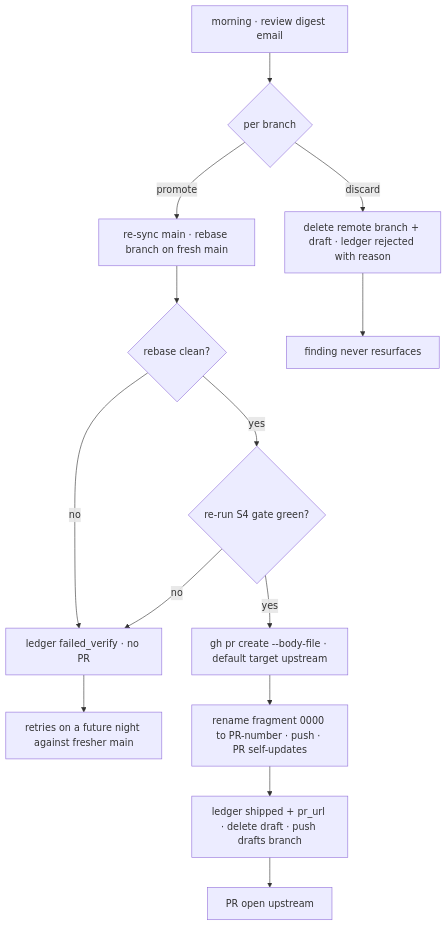
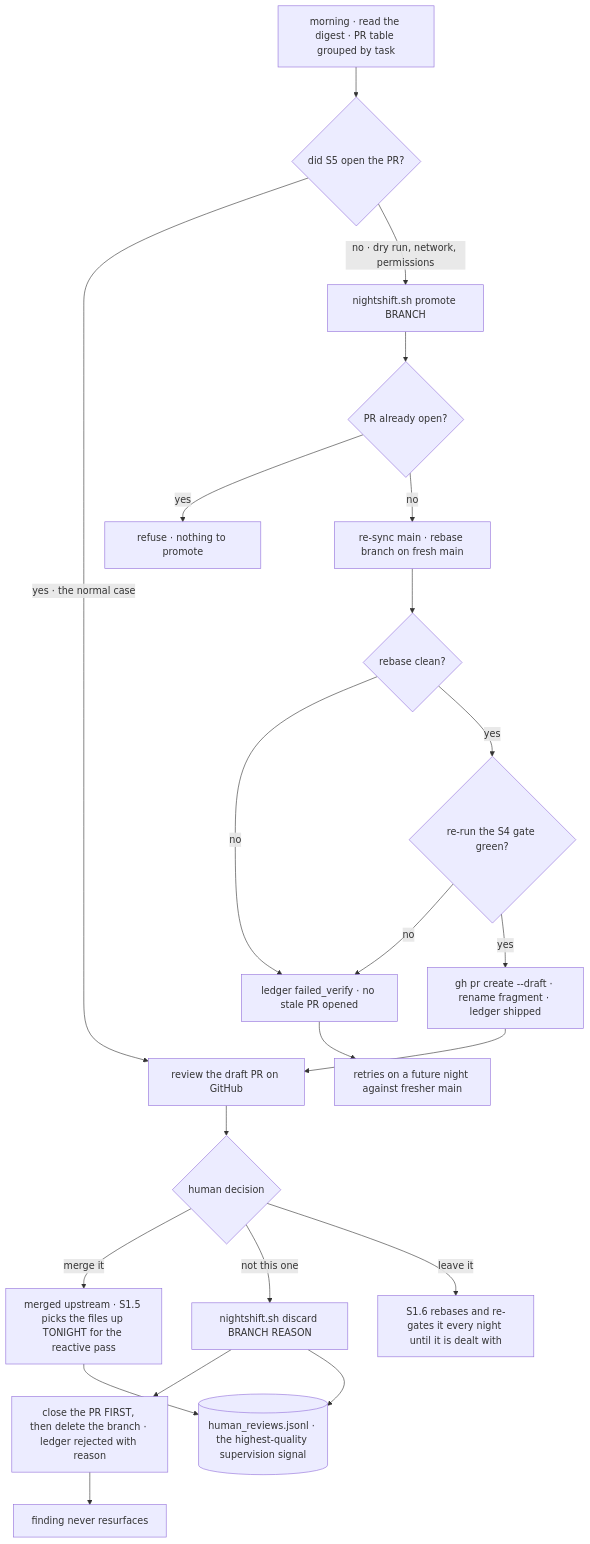
Before and after one commit to ayushmk7/NightShift: the second of 4 diagrams in WORKFLOW.md, drawn with Mermaid. The commit also changed other lines of this file and 5 other files, not shown here.

````diff
--- a/WORKFLOW.md
+++ b/WORKFLOW.md
@@ -141,18 +217,26 @@
 ```mermaid
 flowchart TD
-    START["morning · review digest email"] --> PICK{"per branch"}
-    PICK -->|"promote"| P1["re-sync main · rebase branch on fresh main"]
+    START["morning · read the digest · PR table grouped by task"] --> WHERE{"did S5 open the PR?"}
+    WHERE -->|"yes · the normal case"| GH["review the draft PR on GitHub"]
+    GH --> HM{"human decision"}
+    HM -->|"merge it"| MERGED["merged upstream · S1.5 picks the files up TONIGHT for the reactive pass"]
+    HM -->|"not this one"| DISC["nightshift.sh discard BRANCH REASON"]
+    HM -->|"leave it"| INV["S1.6 rebases and re-gates it every night until it is dealt with"]
+
+    WHERE -->|"no · dry run, network, permissions"| PROM["nightshift.sh promote BRANCH"]
+    PROM --> DUP{"PR already open?"}
+    DUP -->|"yes"| REFUSE["refuse · nothing to promote"]
+    DUP -->|"no"| P1["re-sync main · rebase branch on fresh main"]
     P1 --> RB{"rebase clean?"}
-    RB -->|"no"| DEMO["ledger failed_verify · no PR"]
-    RB -->|"yes"| REGATE{"re-run S4 gate green?"}
+    RB -->|"no"| DEMO["ledger failed_verify · no stale PR opened"]
+    RB -->|"yes"| REGATE{"re-run the S4 gate green?"}
     REGATE -->|"no"| DEMO
-    REGATE -->|"yes"| PR["gh pr create --body-file · default target upstream"]
-    PR --> REN["rename fragment 0000 to PR-number · push · PR self-updates"]
-    REN --> SHIP["ledger shipped + pr_url · delete draft · push drafts branch"]
+    REGATE -->|"yes"| PR["gh pr create --draft · rename fragment · ledger shipped"]
+    PR --> GH
 
-    PICK -->|"discard"| DIS["delete remote branch + draft · ledger rejected with reason"]
-
-    SHIP --> DONE["PR open upstream"]
-    DIS --> BURIED["finding never resurfaces"]
+    DISC --> CLOSE["close the PR FIRST, then delete the branch · ledger rejected with reason"]
+    CLOSE --> BURIED["finding never resurfaces"]
     DEMO --> RETRY["retries on a future night against fresher main"]
+    MERGED --> HR[("human_reviews.jsonl · the highest-quality supervision signal")]
+    DISC --> HR
 ```
````
